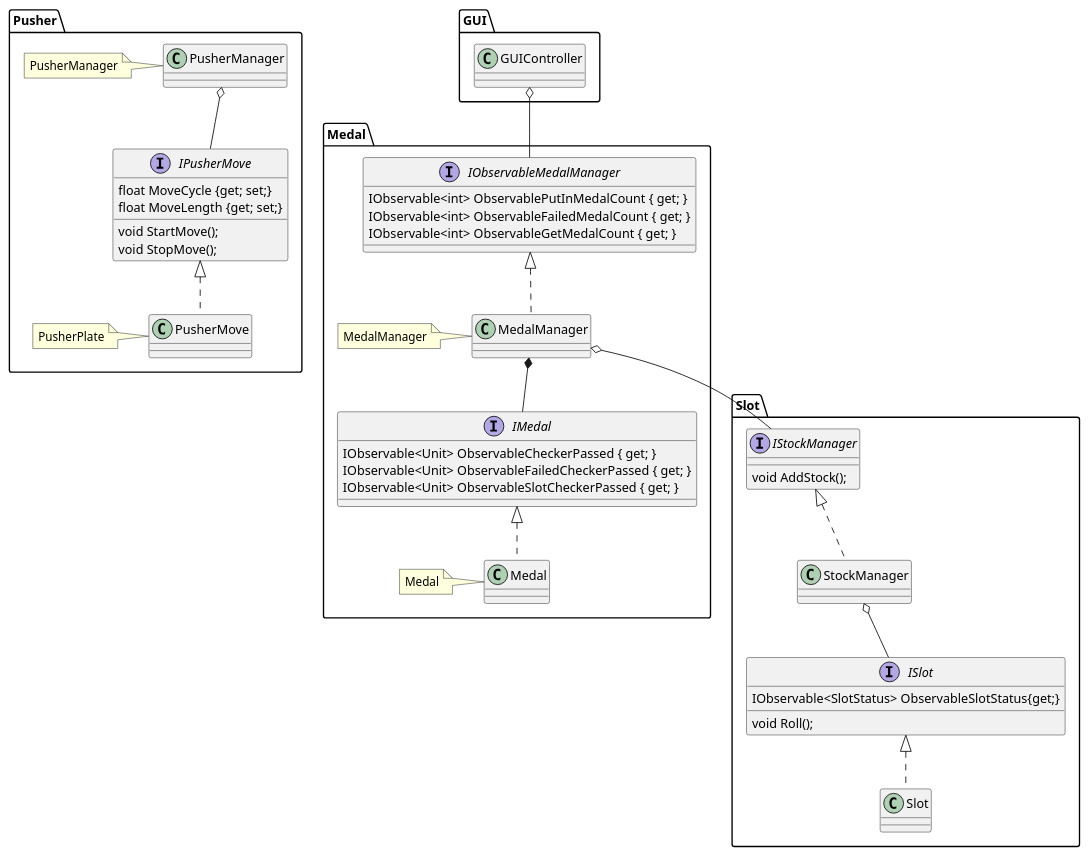
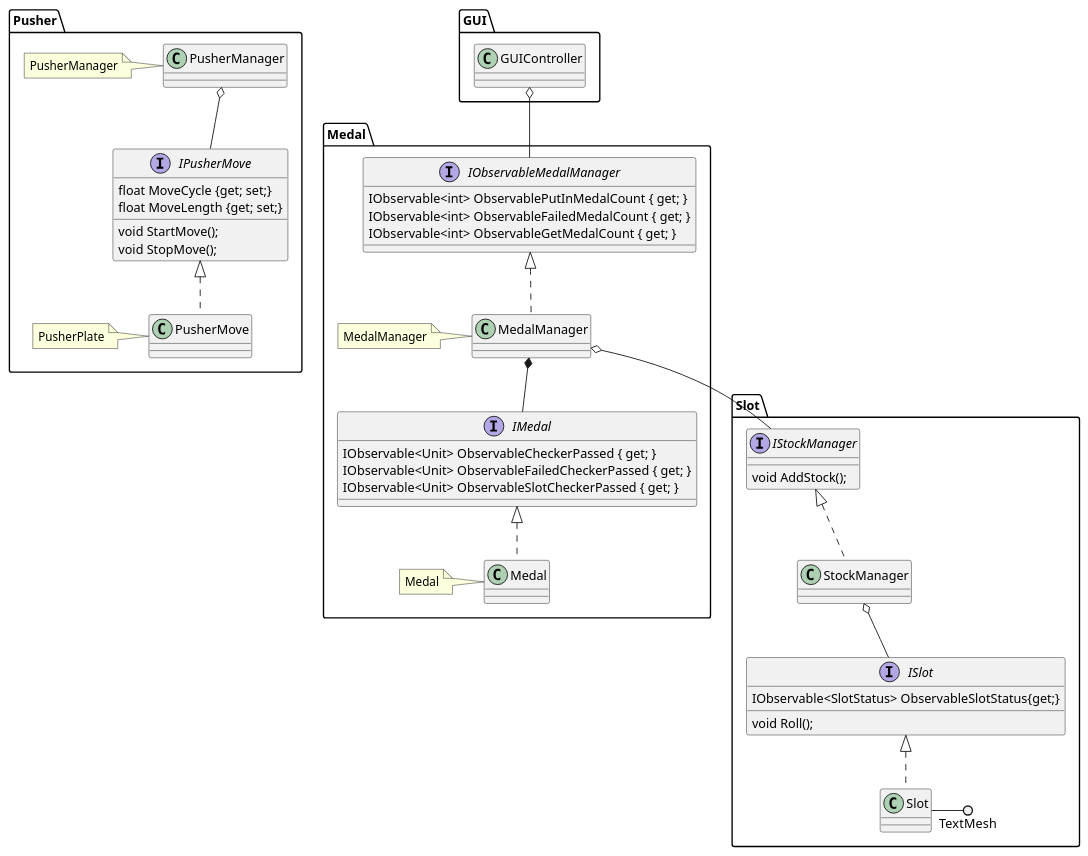
Before and after one commit to yutorisan/CoinPusherGame: the diagram in Documents/ClassDiaglam.pu, drawn with PlantUML. The commit also changed 4 other files, not shown here.

```diff
--- a/Documents/ClassDiaglam.pu
+++ b/Documents/ClassDiaglam.pu
@@ -1,73 +1,74 @@
 @startuml MedalPusherGameClassDiaglam
 
 namespace Pusher{
 
     class PusherManager
     note left:PusherManager
 
     interface IPusherMove{
         void StartMove();
         void StopMove();
         float MoveCycle {get; set;}
         float MoveLength {get; set;}
     }
     class PusherMove
     note left : PusherPlate
 
     IPusherMove <|.. PusherMove
     PusherManager o-- IPusherMove
 }
 
 namespace Medal{
     interface IMedal{
 		IObservable<Unit> ObservableCheckerPassed { get; }
 		IObservable<Unit> ObservableFailedCheckerPassed { get; }
 		IObservable<Unit> ObservableSlotCheckerPassed { get; }
     }
     class Medal
     note left : Medal
 
     IMedal <|.. Medal
 
     interface IObservableMedalManager{
         IObservable<int> ObservablePutInMedalCount { get; }
 		IObservable<int> ObservableFailedMedalCount { get; }
 		IObservable<int> ObservableGetMedalCount { get; }
     }
     class MedalManager
     note left : MedalManager
 
     IObservableMedalManager <|.. MedalManager
 
     MedalManager *-- IMedal
 }
 
 namespace GUI{
     class GUIController
 }
 
 namespace Slot{
 
     interface ISlot{
         void Roll();
         IObservable<SlotStatus> ObservableSlotStatus{get;}
     }
     class Slot
+    Slot -() TextMesh
 
     ISlot <|.. Slot
 
     interface IStockManager{
         void AddStock();
     }
     class StockManager
 
     IStockManager <|.. StockManager
 
     StockManager o-- ISlot
 }
 
 GUI.GUIController o-- Medal.IObservableMedalManager
 
 Medal.MedalManager o-- Slot.IStockManager
 
 @enduml
```
